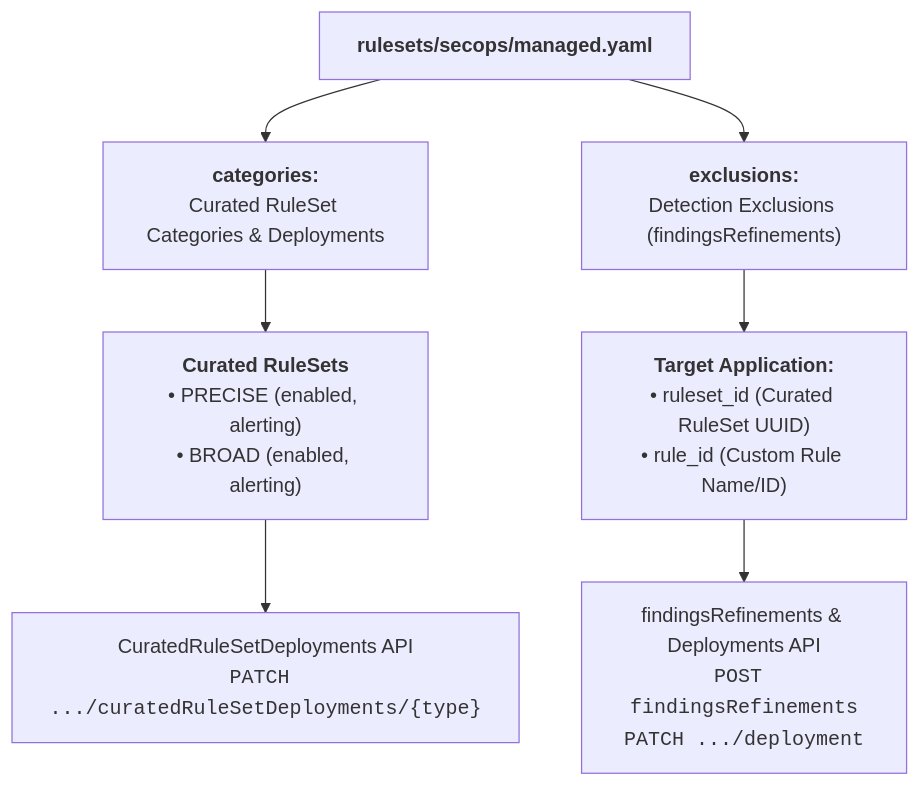
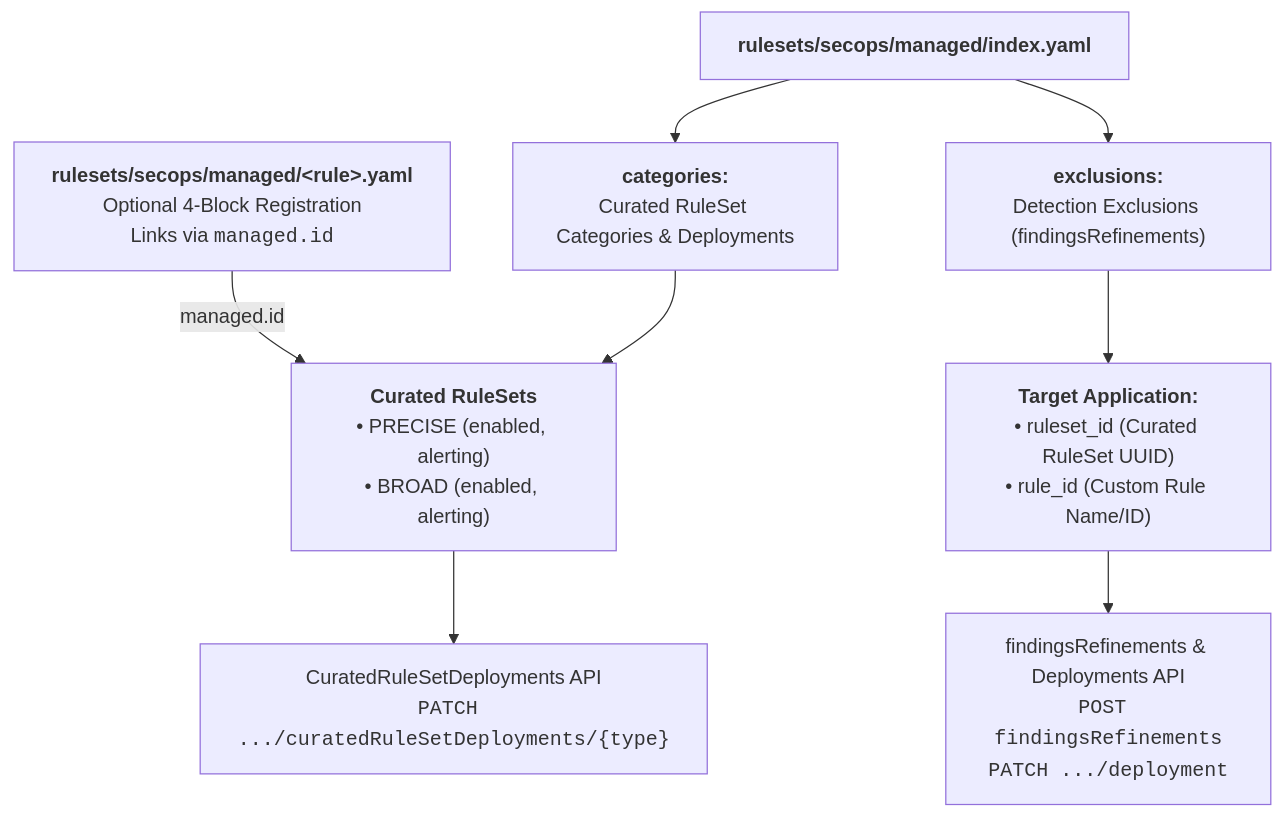
Before and after one commit to lopes/graft: the third of 5 diagrams in docs/engines/secops.md, drawn with Mermaid. The commit also changed other lines of this file and 51 other files, not shown here.

First line of the commit message:
managed rule registration (#22)

````diff
--- a/docs/engines/secops.md
+++ b/docs/engines/secops.md
@@ -340,15 +340,17 @@
 ```mermaid
 flowchart TD
-    MANIFEST["<b>rulesets/secops/managed.yaml</b>"]
+    MANIFEST["<b>rulesets/secops/managed/index.yaml</b>"]
     CATS["<b>categories:</b><br/>Curated RuleSet Categories & Deployments"]
     EXCLS["<b>exclusions:</b><br/>Detection Exclusions (findingsRefinements)"]
+    REG["<b>rulesets/secops/managed/&lt;rule&gt;.yaml</b><br/>Optional 4-Block Registration<br/>Links via <code>managed.id</code>"]
 
     MANIFEST --> CATS
     MANIFEST --> EXCLS
+    REG -- "managed.id" --> RS
 
     CATS --> RS["<b>Curated RuleSets</b><br/>• PRECISE (enabled, alerting)<br/>• BROAD (enabled, alerting)"]
     EXCLS --> APP["<b>Target Application:</b><br/>• ruleset_id (Curated RuleSet UUID)<br/>• rule_id (Custom Rule Name/ID)"]
 
     RS --> SEC_DEP["CuratedRuleSetDeployments API<br/><code>PATCH .../curatedRuleSetDeployments/{type}</code>"]
     APP --> SEC_FR["findingsRefinements & Deployments API<br/><code>POST findingsRefinements</code><br/><code>PATCH .../deployment</code>"]
 ```
````
